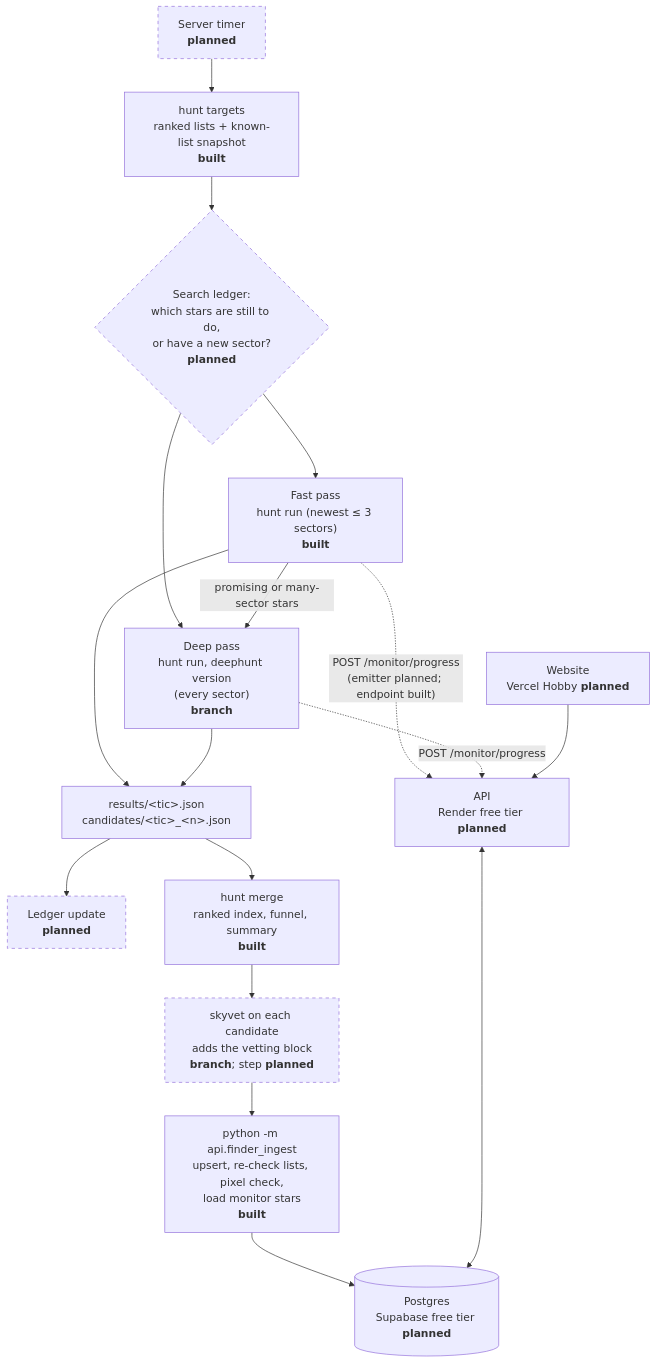
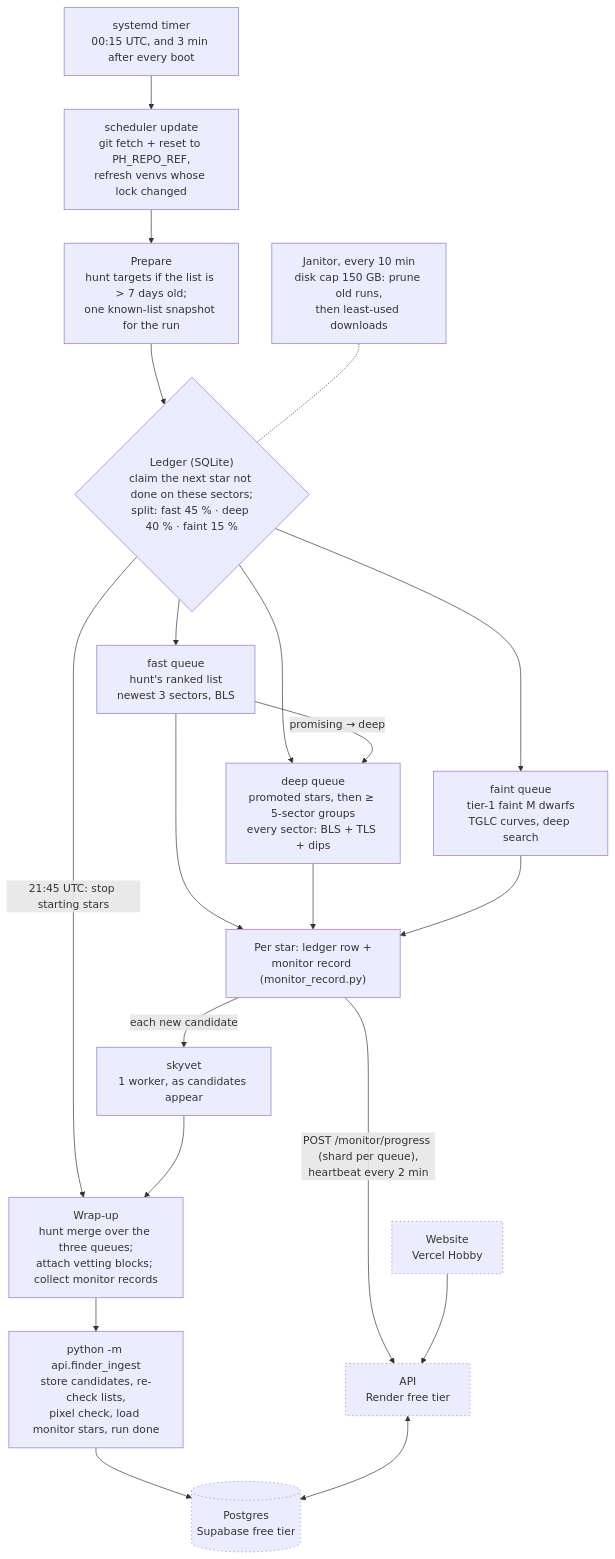
Before and after one commit to anastasiadisfoivos-hub/planet-hunter: the second of 6 diagrams in docs/architecture/ARCHITECTURE.md, drawn with Mermaid. The commit also changed other lines of this file and 1 other file, not shown here.

First line of the commit message:
[DOCS] Nightly flow and status now match origin/runner

````diff
--- a/docs/architecture/ARCHITECTURE.md
+++ b/docs/architecture/ARCHITECTURE.md
@@ -94,22 +102,25 @@
 ```mermaid
 flowchart TB
-    T["Server timer<br/><b>planned</b>"] --> TG["hunt targets<br/>ranked lists + known-list snapshot<br/><b>built</b>"]
-    TG --> L{"Search ledger:<br/>which stars are still to do,<br/>or have a new sector?<br/><b>planned</b>"}
-    L --> F["Fast pass<br/>hunt run (newest ≤ 3 sectors)<br/><b>built</b>"]
-    L --> D["Deep pass<br/>hunt run, deephunt version<br/>(every sector)<br/><b>branch</b>"]
-    F -->|"promising or many-sector stars"| D
-    F --> R["results/&lt;tic&gt;.json<br/>candidates/&lt;tic&gt;_&lt;n&gt;.json"]
+    T["systemd timer<br/>00:15 UTC, and 3 min after every boot"] --> U["scheduler update<br/>git fetch + reset to PH_REPO_REF,<br/>refresh venvs whose lock changed"]
+    U --> P["Prepare<br/>hunt targets if the list is &gt; 7 days old;<br/>one known-list snapshot for the run"]
+    P --> L{"Ledger (SQLite)<br/>claim the next star not done on these sectors;<br/>split: fast 45 % · deep 40 % · faint 15 %"}
+    L --> F["fast queue<br/>hunt's ranked list<br/>newest 3 sectors, BLS"]
+    L --> D["deep queue<br/>promoted stars, then ≥ 5-sector groups<br/>every sector: BLS + TLS + dips"]
+    L --> FA["faint queue<br/>tier-1 faint M dwarfs<br/>TGLC curves, deep search"]
+    F -->|"promising → deep"| D
+    F --> R["Per star: ledger row +<br/>monitor record (monitor_record.py)"]
     D --> R
-    F -. "POST /monitor/progress<br/>(emitter planned; endpoint built)" .-> API
-    D -. "POST /monitor/progress" .-> API
-    R --> LU["Ledger update<br/><b>planned</b>"]
-    R --> M["hunt merge<br/>ranked index, funnel, summary<br/><b>built</b>"]
-    M --> V["skyvet on each candidate<br/>adds the vetting block<br/><b>branch</b>; step <b>planned</b>"]
-    V --> I["python -m api.finder_ingest<br/>upsert, re-check lists, pixel check,<br/>load monitor stars<br/><b>built</b>"]
-    I --> DB[("Postgres<br/>Supabase free tier <b>planned</b>")]
-    API["API<br/>Render free tier <b>planned</b>"] <--> DB
-    WEB["Website<br/>Vercel Hobby <b>planned</b>"] --> API
+    FA --> R
+    R -->|"POST /monitor/progress (shard per queue),<br/>heartbeat every 2 min"| API
+    R -->|"each new candidate"| V["skyvet<br/>1 worker, as candidates appear"]
+    L -->|"21:45 UTC: stop starting stars"| W["Wrap-up<br/>hunt merge over the three queues;<br/>attach vetting blocks; collect monitor records"]
+    V --> W
+    W --> I["python -m api.finder_ingest<br/>store candidates, re-check lists,<br/>pixel check, load monitor stars, run done"]
+    I --> DB[("Postgres<br/>Supabase free tier")]
+    API["API<br/>Render free tier"] <--> DB
+    WEB["Website<br/>Vercel Hobby"] --> API
+    J["Janitor, every 10 min<br/>disk cap 150 GB: prune old runs,<br/>then least-used downloads"] -.- L
 
-    classDef planned stroke-dasharray: 5 5
-    class T,L,LU,V planned
+    classDef notlive stroke-dasharray: 2 4
+    class API,DB,WEB notlive
 ```
````
